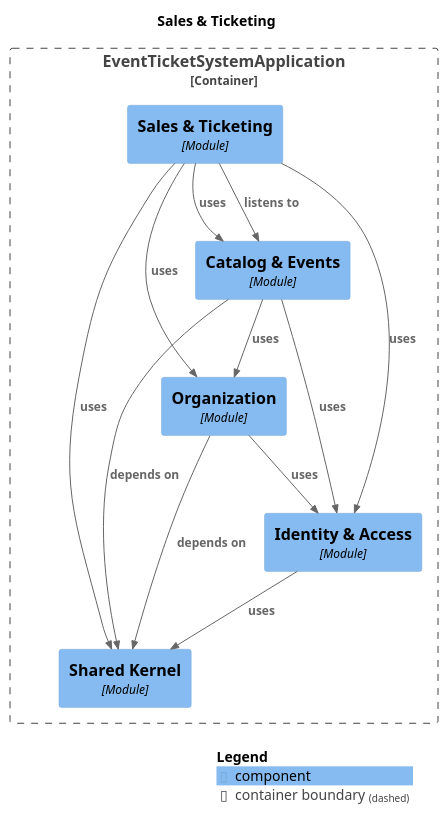
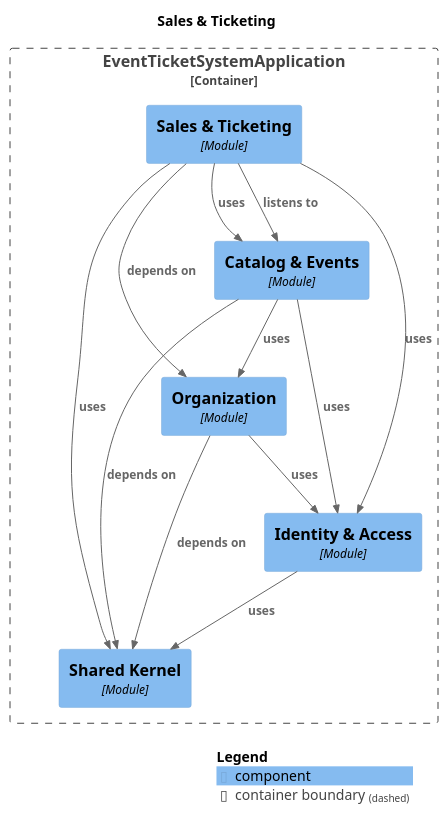
Before and after one commit to NaimElijah/Ticketeer: the diagram in docs/architecture/module-sales.puml, drawn with PlantUML. The commit also changed 16 other files, not shown here.

First line of the commit message:
docs(architecture): refresh the Modulith snapshot

```diff
--- a/docs/architecture/module-sales.puml
+++ b/docs/architecture/module-sales.puml
@@ -1,32 +1,32 @@
 @startuml
 set separator none
 title Sales & Ticketing
 
 top to bottom direction
 
 !include <C4/C4>
 !include <C4/C4_Context>
 !include <C4/C4_Component>
 
 Container_Boundary("EventTicketSystemApplication.EventTicketSystemApplication_boundary", "EventTicketSystemApplication", $tags="") {
   Component(EventTicketSystemApplication.EventTicketSystemApplication.SharedKernel, "Shared Kernel", $techn="Module", $descr="", $tags="", $link="")
   Component(EventTicketSystemApplication.EventTicketSystemApplication.IdentityAccess, "Identity & Access", $techn="Module", $descr="", $tags="", $link="")
   Component(EventTicketSystemApplication.EventTicketSystemApplication.Organization, "Organization", $techn="Module", $descr="", $tags="", $link="")
   Component(EventTicketSystemApplication.EventTicketSystemApplication.CatalogEvents, "Catalog & Events", $techn="Module", $descr="", $tags="", $link="")
   Component(EventTicketSystemApplication.EventTicketSystemApplication.SalesTicketing, "Sales & Ticketing", $techn="Module", $descr="", $tags="", $link="")
 }
 
+Rel(EventTicketSystemApplication.EventTicketSystemApplication.SalesTicketing, EventTicketSystemApplication.EventTicketSystemApplication.IdentityAccess, "uses", $techn="", $tags="", $link="")
+Rel(EventTicketSystemApplication.EventTicketSystemApplication.Organization, EventTicketSystemApplication.EventTicketSystemApplication.SharedKernel, "depends on", $techn="", $tags="", $link="")
+Rel(EventTicketSystemApplication.EventTicketSystemApplication.Organization, EventTicketSystemApplication.EventTicketSystemApplication.IdentityAccess, "uses", $techn="", $tags="", $link="")
 Rel(EventTicketSystemApplication.EventTicketSystemApplication.CatalogEvents, EventTicketSystemApplication.EventTicketSystemApplication.SharedKernel, "depends on", $techn="", $tags="", $link="")
 Rel(EventTicketSystemApplication.EventTicketSystemApplication.CatalogEvents, EventTicketSystemApplication.EventTicketSystemApplication.IdentityAccess, "uses", $techn="", $tags="", $link="")
 Rel(EventTicketSystemApplication.EventTicketSystemApplication.CatalogEvents, EventTicketSystemApplication.EventTicketSystemApplication.Organization, "uses", $techn="", $tags="", $link="")
+Rel(EventTicketSystemApplication.EventTicketSystemApplication.IdentityAccess, EventTicketSystemApplication.EventTicketSystemApplication.SharedKernel, "uses", $techn="", $tags="", $link="")
 Rel(EventTicketSystemApplication.EventTicketSystemApplication.SalesTicketing, EventTicketSystemApplication.EventTicketSystemApplication.CatalogEvents, "listens to", $techn="", $tags="", $link="")
+Rel(EventTicketSystemApplication.EventTicketSystemApplication.SalesTicketing, EventTicketSystemApplication.EventTicketSystemApplication.Organization, "depends on", $techn="", $tags="", $link="")
 Rel(EventTicketSystemApplication.EventTicketSystemApplication.SalesTicketing, EventTicketSystemApplication.EventTicketSystemApplication.SharedKernel, "uses", $techn="", $tags="", $link="")
 Rel(EventTicketSystemApplication.EventTicketSystemApplication.SalesTicketing, EventTicketSystemApplication.EventTicketSystemApplication.CatalogEvents, "uses", $techn="", $tags="", $link="")
-Rel(EventTicketSystemApplication.EventTicketSystemApplication.SalesTicketing, EventTicketSystemApplication.EventTicketSystemApplication.IdentityAccess, "uses", $techn="", $tags="", $link="")
-Rel(EventTicketSystemApplication.EventTicketSystemApplication.SalesTicketing, EventTicketSystemApplication.EventTicketSystemApplication.Organization, "uses", $techn="", $tags="", $link="")
-Rel(EventTicketSystemApplication.EventTicketSystemApplication.IdentityAccess, EventTicketSystemApplication.EventTicketSystemApplication.SharedKernel, "uses", $techn="", $tags="", $link="")
-Rel(EventTicketSystemApplication.EventTicketSystemApplication.Organization, EventTicketSystemApplication.EventTicketSystemApplication.SharedKernel, "depends on", $techn="", $tags="", $link="")
-Rel(EventTicketSystemApplication.EventTicketSystemApplication.Organization, EventTicketSystemApplication.EventTicketSystemApplication.IdentityAccess, "uses", $techn="", $tags="", $link="")
 
 SHOW_LEGEND(true)
 @enduml
```
